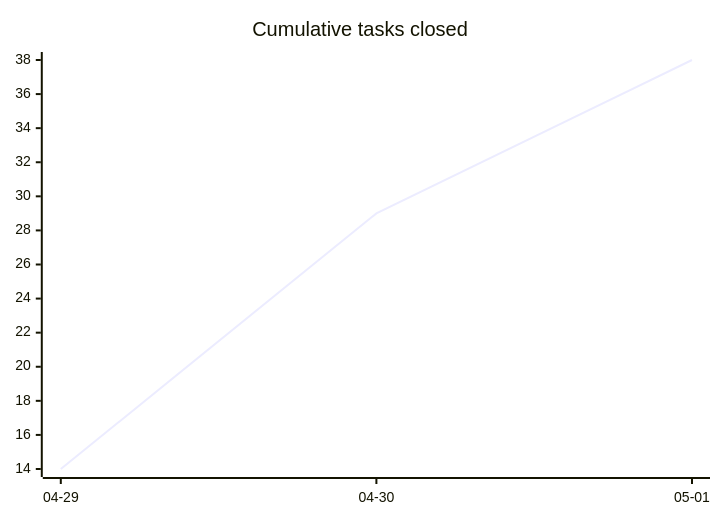
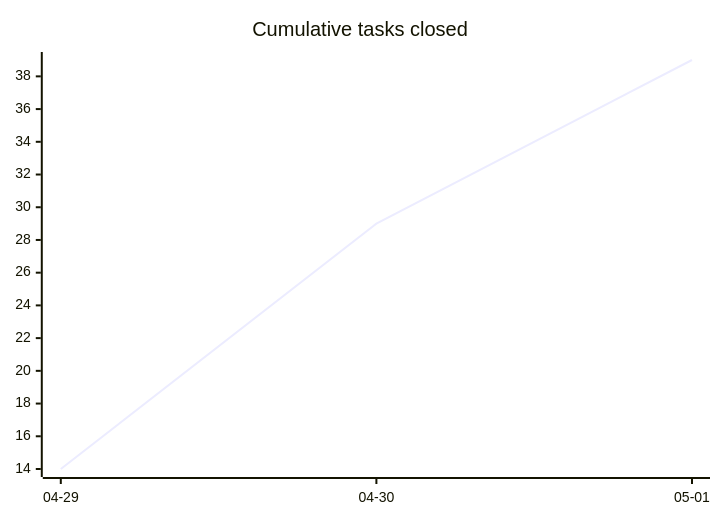
The first of 3 diagrams in docs/developers/tasks/OVERVIEW.md (tgd1975/AwesomeStudioPedal), drawn with Mermaid before and after one commit. The commit also changed other lines of this file and 15 other files, not shown here.

````diff
--- a/docs/developers/tasks/OVERVIEW.md
+++ b/docs/developers/tasks/OVERVIEW.md
@@ -22,6 +22,6 @@
 ```mermaid
 xychart-beta
     title "Cumulative tasks closed"
     x-axis ["04-29", "04-30", "05-01"]
-    line [14, 29, 38]
+    line [14, 29, 39]
 ```
````
